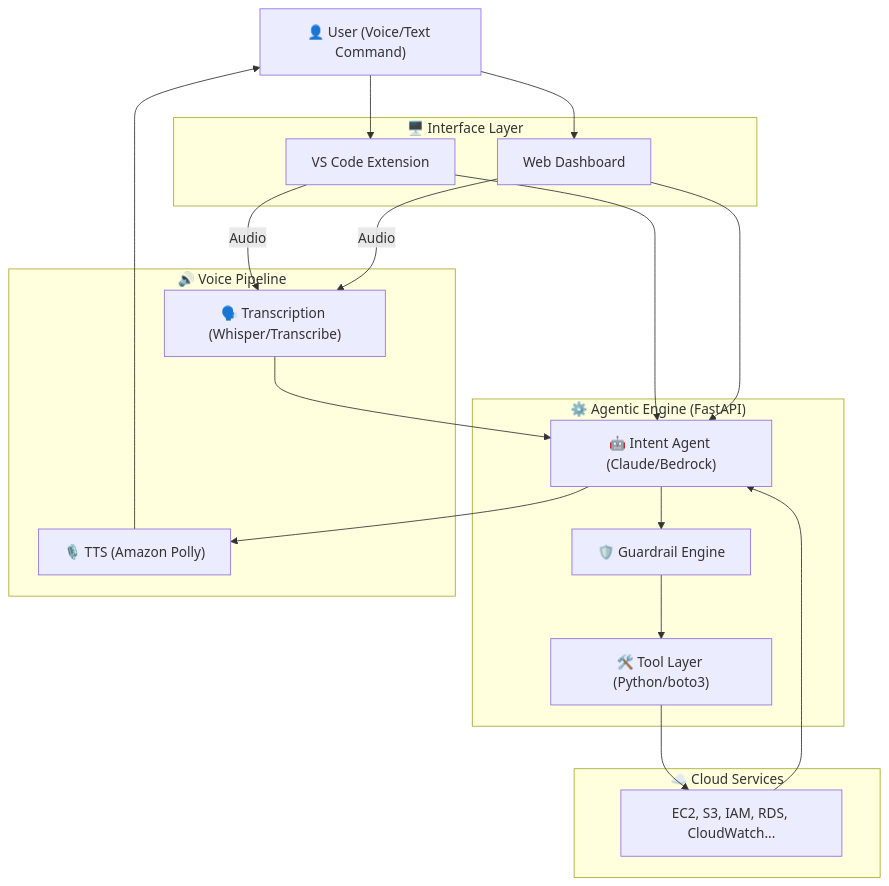
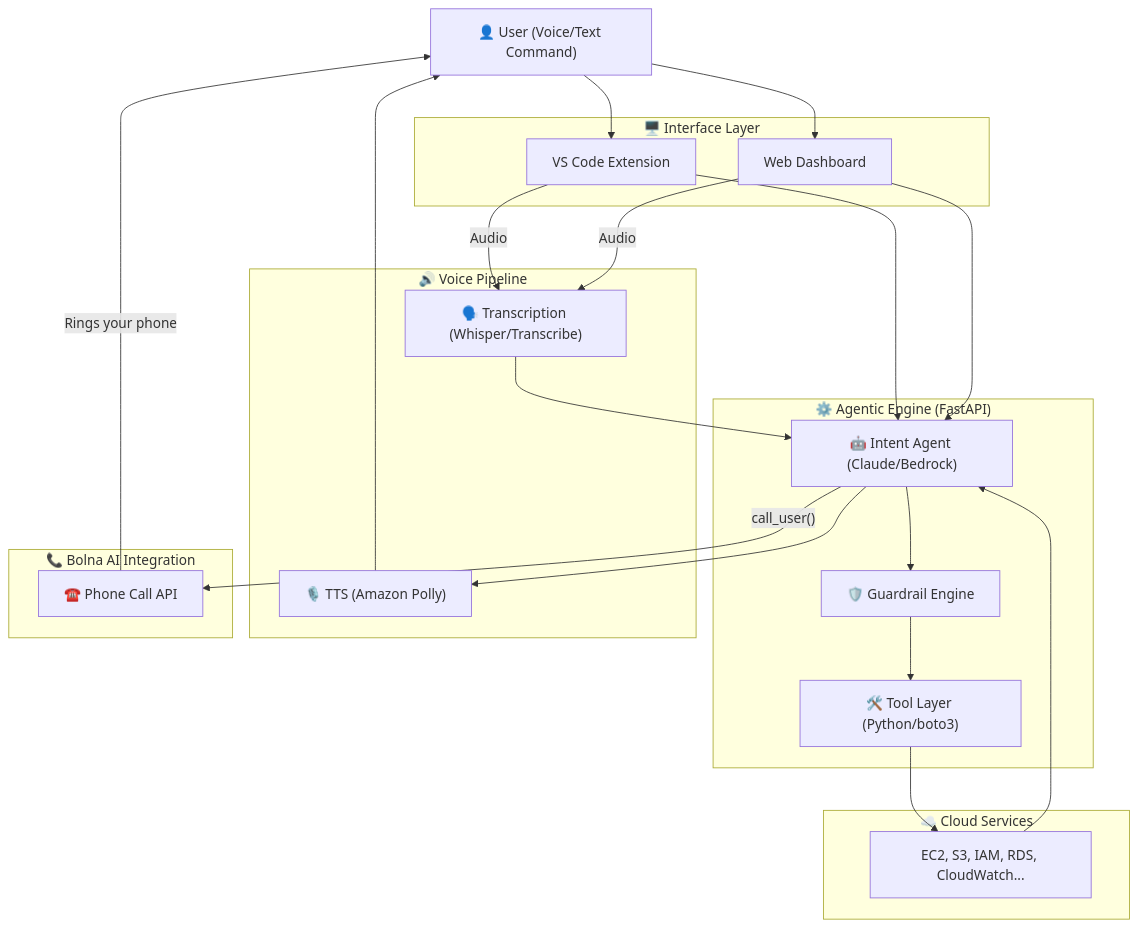
The diagram in README.md (vishalsingh2972/AWS-Cheppu), drawn with Mermaid before and after one commit. The commit also changed other lines of this file and 5 other files, not shown here.

Commit message:
bolna integration trials

````diff
--- a/README.md
+++ b/README.md
@@ -13,37 +13,43 @@
 ```mermaid
 flowchart TD
     A["👤 User (Voice/Text Command)"]
     
     subgraph Frontend ["🖥️ Interface Layer"]
         B["VS Code Extension"]
         C["Web Dashboard"]
     end
     
     subgraph Backend ["⚙️ Agentic Engine (FastAPI)"]
         D["🤖 Intent Agent (Claude/Bedrock)"]
         E["🛡️ Guardrail Engine"]
         F["🛠️ Tool Layer (Python/boto3)"]
     end
     
     subgraph AWS ["☁️ Cloud Services"]
         G["EC2, S3, IAM, RDS, CloudWatch..."]
     end
     
     subgraph Audio ["🔊 Voice Pipeline"]
         H["🗣️ Transcription (Whisper/Transcribe)"]
         I["🎙️ TTS (Amazon Polly)"]
     end
 
+    subgraph Bolna ["📞 Bolna AI Integration"]
+        J["☎️ Phone Call API"]
+    end
+
     A --> B
     A --> C
     B & C --> D
     D --> E
     E --> F
     F --> G
     G --> D
     D --> I
     I --> A
     B & C -- Audio --> H
     H --> D
+    D -- "call_user()" --> J
+    J -- "Rings your phone" --> A
 
 ```
````
